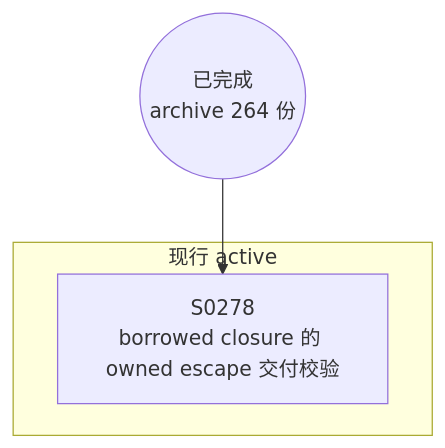
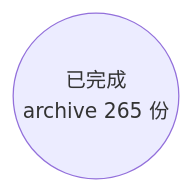
Before and after one commit to Halckon/Koven: the diagram in docs/specs/dependency-graph.md, drawn with Mermaid. The commit also changed other lines of this file and 18 other files, not shown here.

````diff
--- a/docs/specs/dependency-graph.md
+++ b/docs/specs/dependency-graph.md
@@ -9,8 +9,4 @@
 ```mermaid
 flowchart TD
-ARCH(("已完成<br/>archive 264 份"))
-subgraph Gactive["现行 active"]
-  S0278["S0278<br/>borrowed closure 的 owned escape 交付校验"]
-end
-ARCH --> S0278
+ARCH(("已完成<br/>archive 265 份"))
 ```
````
